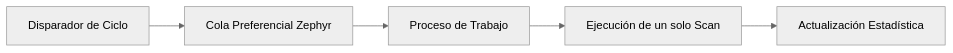
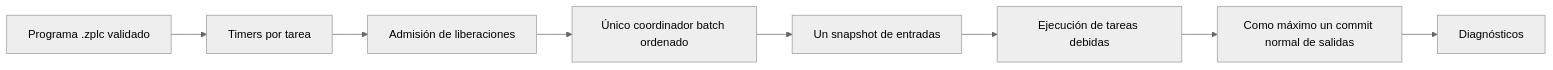
The diagram in docs/i18n/es/docusaurus-plugin-content-docs/current/runtime/scheduler.md (eduardojvieira/ZPLC), drawn with Mermaid (neutral theme) before and after one commit. The commit also changed other lines of this file and 62 other files, not shown here.

````diff
--- a/docs/i18n/es/docusaurus-plugin-content-docs/current/runtime/scheduler.md
+++ b/docs/i18n/es/docusaurus-plugin-content-docs/current/runtime/scheduler.md
@@ -40,7 +29,10 @@
 ```mermaid
 flowchart LR
-  Timer[Disparador de Ciclo] --> Queue[Cola Preferencial Zephyr]
-  Queue --> Thread[Proceso de Trabajo]
-  Thread --> Cycle[Ejecución de un solo Scan]
-  Cycle --> Stats[Actualización Estadística]
+  Program[Programa .zplc validado] --> Timers[Timers por tarea]
+  Timers --> Admission[Admisión de liberaciones]
+  Admission --> Batch[Único coordinador batch ordenado]
+  Batch --> Snapshot[Un snapshot de entradas]
+  Snapshot --> Tasks[Ejecución de tareas debidas]
+  Tasks --> Commit[Como máximo un commit normal de salidas]
+  Commit --> Stats[Diagnósticos]
 ```
````
